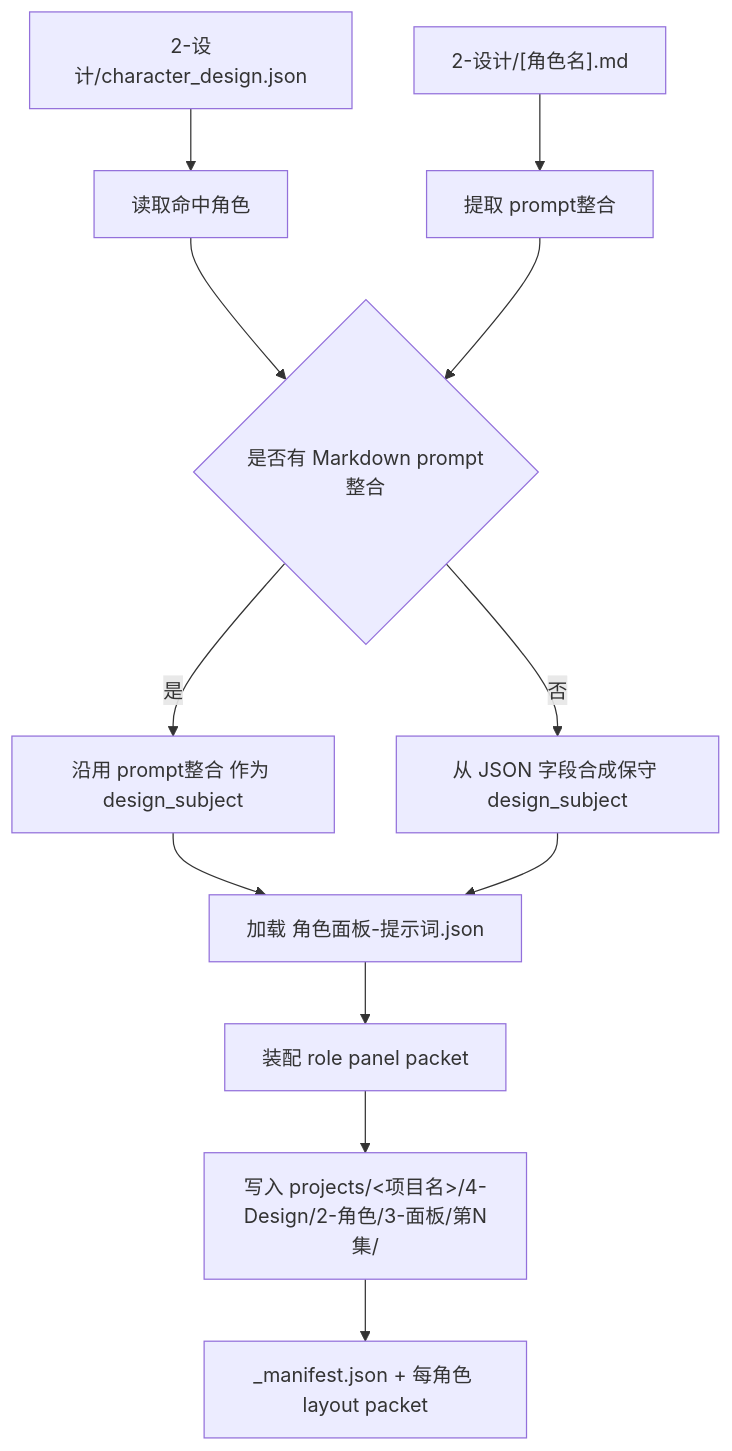
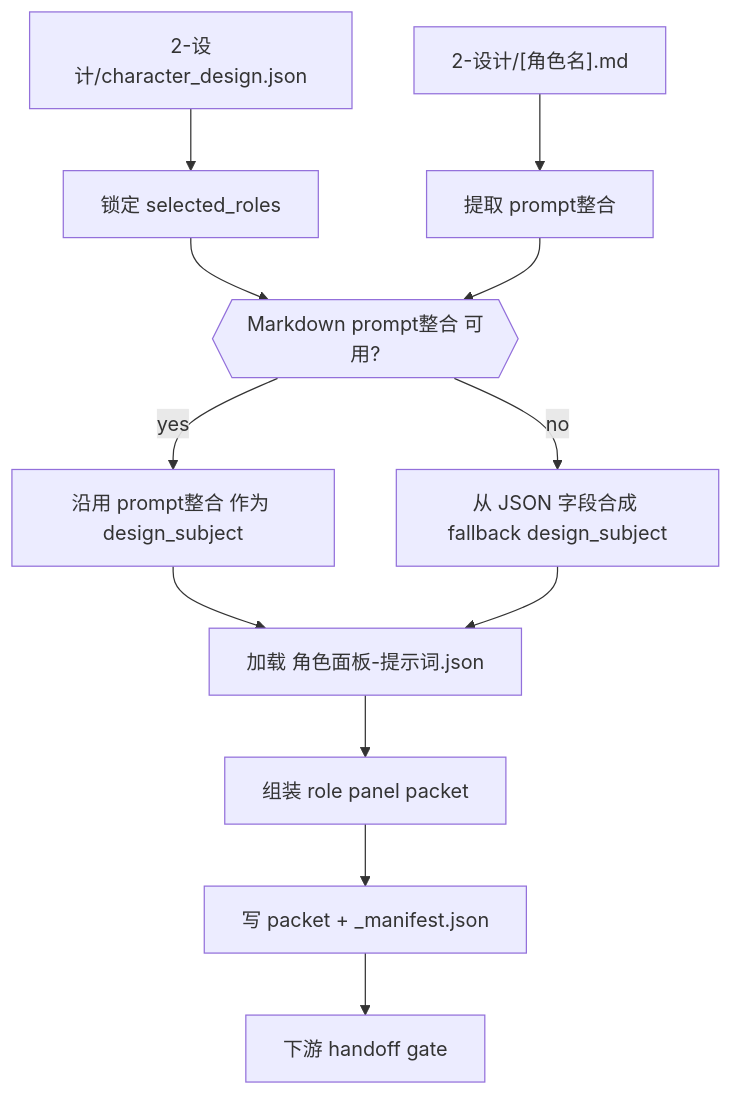
Before and after one commit to ZEN-VOID/AI-CUT: the first of 4 diagrams in .agents/skills/aigc/4-Design/2-角色/3-面板/SKILL.md, drawn with Mermaid. The commit also changed other lines of this file and 182 other files, not shown here.

````diff
--- a/.agents/skills/aigc/4-Design/2-角色/3-面板/SKILL.md
+++ b/.agents/skills/aigc/4-Design/2-角色/3-面板/SKILL.md
@@ -53,14 +115,14 @@
 ```mermaid
 flowchart TD
-    A["2-设计/character_design.json"] --> B["读取命中角色"]
+    A["2-设计/character_design.json"] --> B["锁定 selected_roles"]
     C["2-设计/[角色名].md"] --> D["提取 prompt整合"]
-    B --> E{"是否有 Markdown prompt整合"}
+    B --> E{{"Markdown prompt整合 可用?"}}
     D --> E
-    E -->|"是"| F["沿用 prompt整合 作为 design_subject"]
-    E -->|"否"| G["从 JSON 字段合成保守 design_subject"]
+    E -->|"yes"| F["沿用 prompt整合 作为 design_subject"]
+    E -->|"no"| G["从 JSON 字段合成 fallback design_subject"]
     F --> H["加载 角色面板-提示词.json"]
     G --> H
-    H --> I["装配 role panel packet"]
-    I --> J["写入 projects/<项目名>/4-Design/2-角色/3-面板/第N集/"]
-    J --> K["_manifest.json + 每角色 layout packet"]
+    H --> I["组装 role panel packet"]
+    I --> J["写 packet + _manifest.json"]
+    J --> K["下游 handoff gate"]
 ```
````
